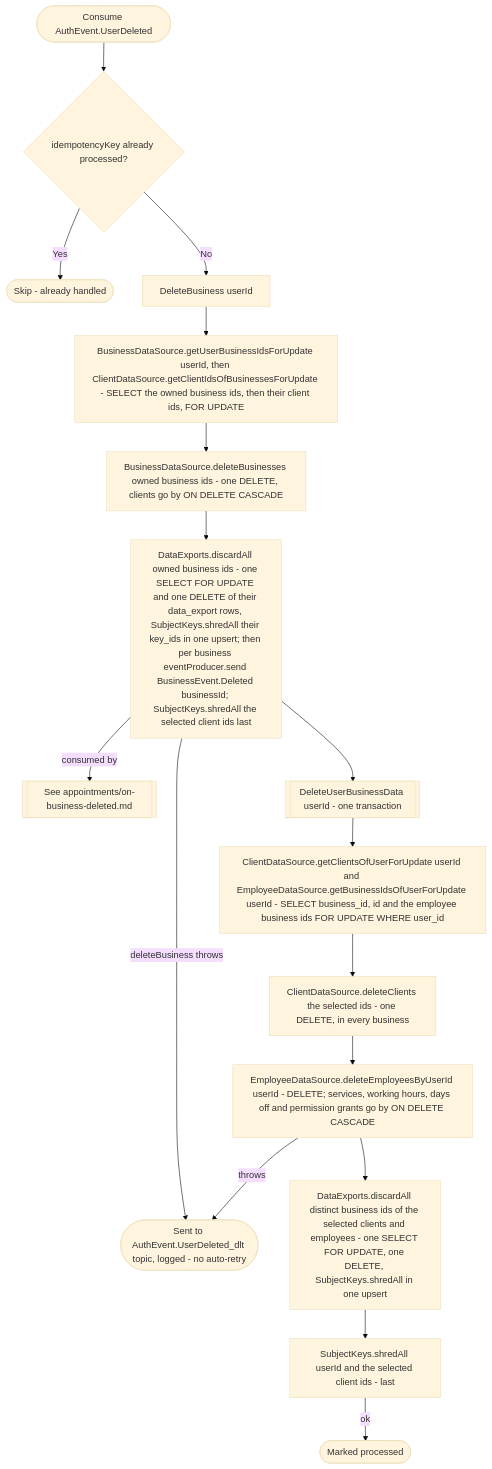
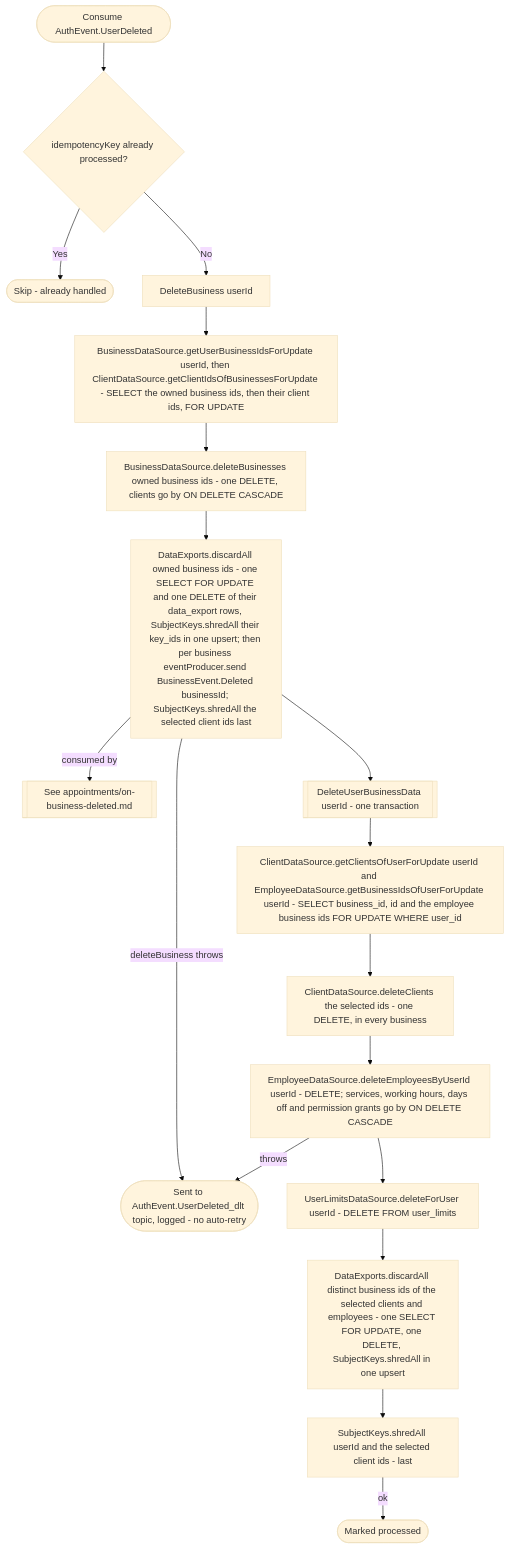
Before and after one commit to nocturneproperties/bookkme: the diagram in docs/operations/business/on-user-deleted.md, drawn with Mermaid (base theme). The commit also changed 13 other files, not shown here.

````diff
--- a/docs/operations/business/on-user-deleted.md
+++ b/docs/operations/business/on-user-deleted.md
@@ -19,19 +19,20 @@
 ```mermaid
 flowchart TD
     Start([Consume AuthEvent.UserDeleted]) --> Dedup{idempotencyKey already processed?}
     Dedup -- Yes --> Skip([Skip - already handled])
     Dedup -- No --> DeleteBiz[DeleteBusiness userId]
     DeleteBiz --> GetBiz["BusinessDataSource.getUserBusinessIdsForUpdate userId, then ClientDataSource.getClientIdsOfBusinessesForUpdate - SELECT the owned business ids, then their client ids, FOR UPDATE"]
     GetBiz --> DelBiz["BusinessDataSource.deleteBusinesses owned business ids - one DELETE, clients go by ON DELETE CASCADE"]
     DelBiz --> Loop["DataExports.discardAll owned business ids - one SELECT FOR UPDATE and one DELETE of their data_export rows, SubjectKeys.shredAll their key_ids in one upsert; then per business eventProducer.send BusinessEvent.Deleted businessId; SubjectKeys.shredAll the selected client ids last"]
     Loop -- consumed by --> Downstream[[See appointments/on-business-deleted.md]]
     Loop -- deleteBusiness throws --> Dlt([Sent to AuthEvent.UserDeleted_dlt topic, logged - no auto-retry])
     Loop --> DeleteData[[DeleteUserBusinessData userId - one transaction]]
     DeleteData --> SelClients["ClientDataSource.getClientsOfUserForUpdate userId and EmployeeDataSource.getBusinessIdsOfUserForUpdate userId - SELECT business_id, id and the employee business ids FOR UPDATE WHERE user_id"]
     SelClients --> DelClients["ClientDataSource.deleteClients the selected ids - one DELETE, in every business"]
     DelClients --> DelEmployees["EmployeeDataSource.deleteEmployeesByUserId userId - DELETE; services, working hours, days off and permission grants go by ON DELETE CASCADE"]
-    DelEmployees --> DiscardExports["DataExports.discardAll distinct business ids of the selected clients and employees - one SELECT FOR UPDATE, one DELETE, SubjectKeys.shredAll in one upsert"]
+    DelEmployees --> DelLimits["UserLimitsDataSource.deleteForUser userId - DELETE FROM user_limits"]
+    DelLimits --> DiscardExports["DataExports.discardAll distinct business ids of the selected clients and employees - one SELECT FOR UPDATE, one DELETE, SubjectKeys.shredAll in one upsert"]
     DiscardExports --> ShredUser["SubjectKeys.shredAll userId and the selected client ids - last"]
     DelEmployees -- throws --> Dlt
     ShredUser -- ok --> Ack([Marked processed])
 ```
````
